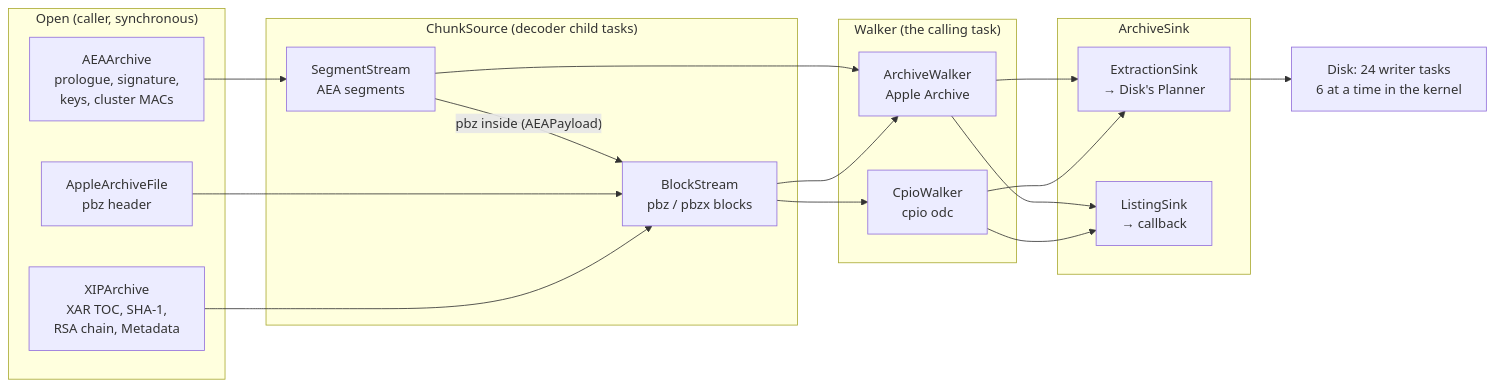
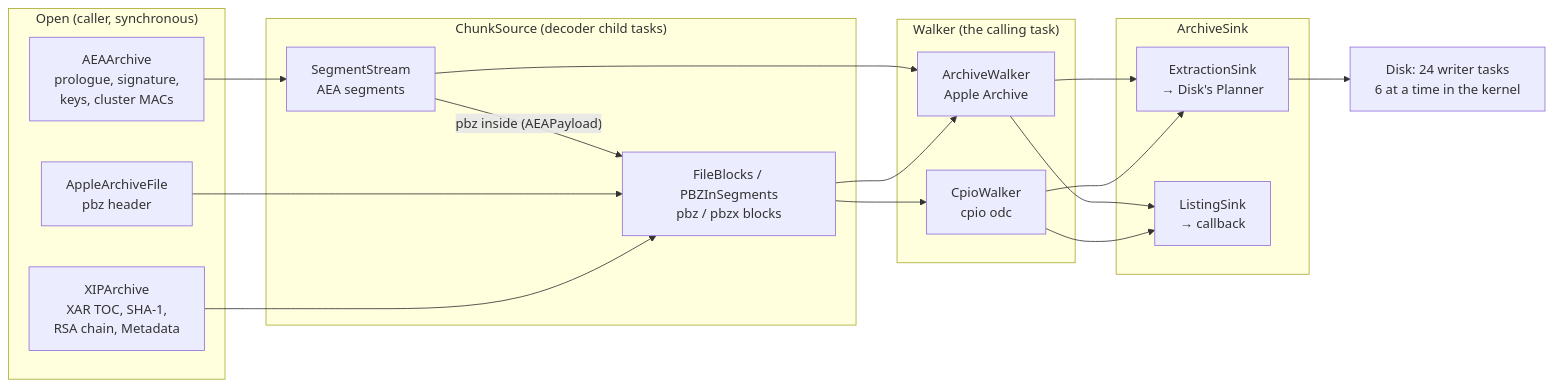
The first of 5 diagrams in NativeAEA/ARCHITECTURE.md (jshier/Experiments), drawn with Mermaid before and after one commit. The commit also changed other lines of this file and 864 other files, not shown here.

````diff
--- a/NativeAEA/ARCHITECTURE.md
+++ b/NativeAEA/ARCHITECTURE.md
@@ -66,30 +66,30 @@
 ```mermaid
 flowchart LR
     subgraph Open["Open (caller, synchronous)"]
         AEA["AEAArchive<br/>prologue, signature,<br/>keys, cluster MACs"]
         AAR["AppleArchiveFile<br/>pbz header"]
         XIP["XIPArchive<br/>XAR TOC, SHA-1,<br/>RSA chain, Metadata"]
     end
     subgraph Source["ChunkSource (decoder child tasks)"]
         SS["SegmentStream<br/>AEA segments"]
-        BS["BlockStream<br/>pbz / pbzx blocks"]
+        BS["FileBlocks / PBZInSegments<br/>pbz / pbzx blocks"]
     end
     subgraph Walk["Walker (the calling task)"]
         AW["ArchiveWalker<br/>Apple Archive"]
         CW["CpioWalker<br/>cpio odc"]
     end
     subgraph Sinks["ArchiveSink"]
         ES["ExtractionSink<br/>→ Disk's Planner"]
         LS["ListingSink<br/>→ callback"]
     end
     AEA --> SS
     SS -->|"pbz inside (AEAPayload)"| BS
     AAR --> BS
     XIP --> BS
     SS --> AW
     BS --> AW
     BS --> CW
     AW --> ES & LS
     CW --> ES & LS
     ES --> W["Disk: 24 writer tasks<br/>6 at a time in the kernel"]
 ```
````
